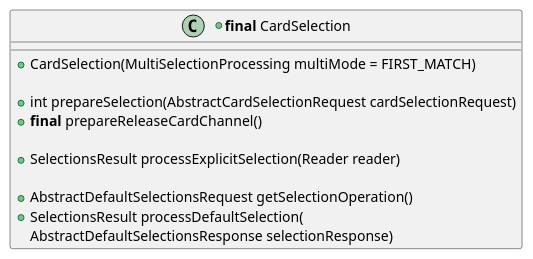
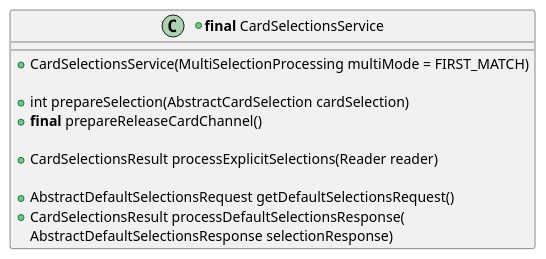
One commit to calypsonet/keyple changed the second of 11 diagrams in src/KeypleCoreApi/puml/KeypleCore_CardSelection_ClassDiag_ClassElements.iuml. Above: the diagram before and after it, drawn with PlantUML. The commit also changed other lines of this file and 10 other files, not shown here.

Commit message:
Rename CardSelectionService

```diff
--- a/src/KeypleCoreApi/puml/KeypleCore_CardSelection_ClassDiag_ClassElements.iuml
+++ b/src/KeypleCoreApi/puml/KeypleCore_CardSelection_ClassDiag_ClassElements.iuml
@@ -21,14 +21,14 @@
 @startuml(id=SELECTION_SELECTION_1_0_0)
-+class "<b>final</b> CardSelection" as CardSelection {
-  +CardSelection(MultiSelectionProcessing multiMode = FIRST_MATCH)
++class "<b>final</b> CardSelectionsService" as CardSelectionsService {
+  +CardSelectionsService(MultiSelectionProcessing multiMode = FIRST_MATCH)
 
-  +int prepareSelection(AbstractCardSelectionRequest cardSelectionRequest)
+  +int prepareSelection(AbstractCardSelection cardSelection)
   +<b>final</b> prepareReleaseCardChannel()
 
-  +SelectionsResult processExplicitSelection(Reader reader)
+  +CardSelectionsResult processExplicitSelections(Reader reader)
 
-  +AbstractDefaultSelectionsRequest getSelectionOperation()
-  +SelectionsResult processDefaultSelection(
+  +AbstractDefaultSelectionsRequest getDefaultSelectionsRequest()
+  +CardSelectionsResult processDefaultSelectionsResponse(
     AbstractDefaultSelectionsResponse selectionResponse)
 }
 @enduml
```
